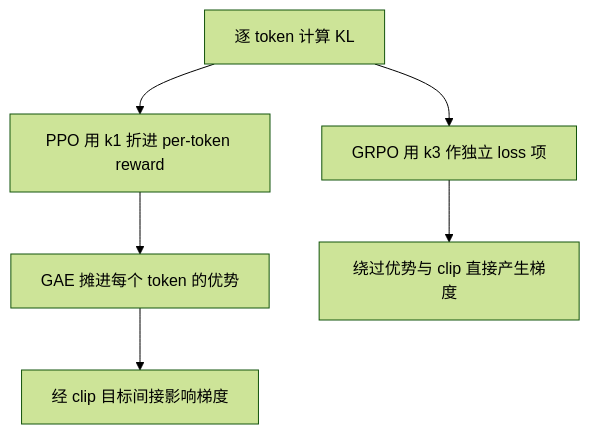
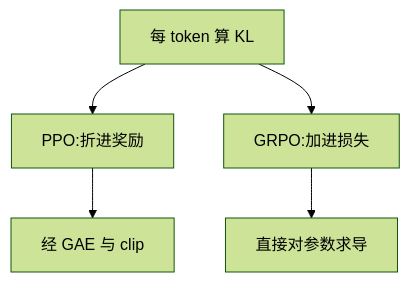
The first of 2 diagrams in knowledge/03-强化学习/KL散度.md (ChaoyuWang04/MockInterview), drawn with Mermaid (forest theme) before and after one commit. The commit also changed other lines of this file and 11 other files, not shown here.

````diff
--- a/knowledge/03-强化学习/KL散度.md
+++ b/knowledge/03-强化学习/KL散度.md
@@ -144,8 +160,7 @@
 ```mermaid
 flowchart TD
-    K[逐 token 计算 KL] --> P1[PPO 用 k1 折进 per-token reward]
-    P1 --> P2[GAE 摊进每个 token 的优势]
-    P2 --> P3[经 clip 目标间接影响梯度]
-    K --> G1[GRPO 用 k3 作独立 loss 项]
-    G1 --> G2[绕过优势与 clip 直接产生梯度]
+    K["每 token 算 KL"] --> A["PPO:折进奖励"]
+    K --> B["GRPO:加进损失"]
+    A --> C["经 GAE 与 clip"]
+    B --> D["直接对参数求导"]
 ```
````
